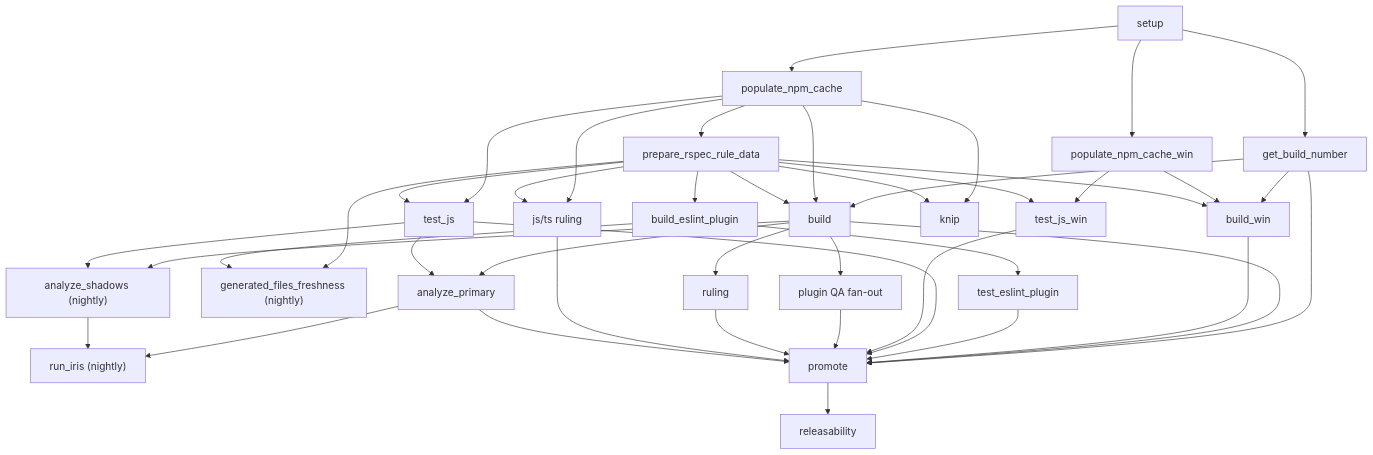
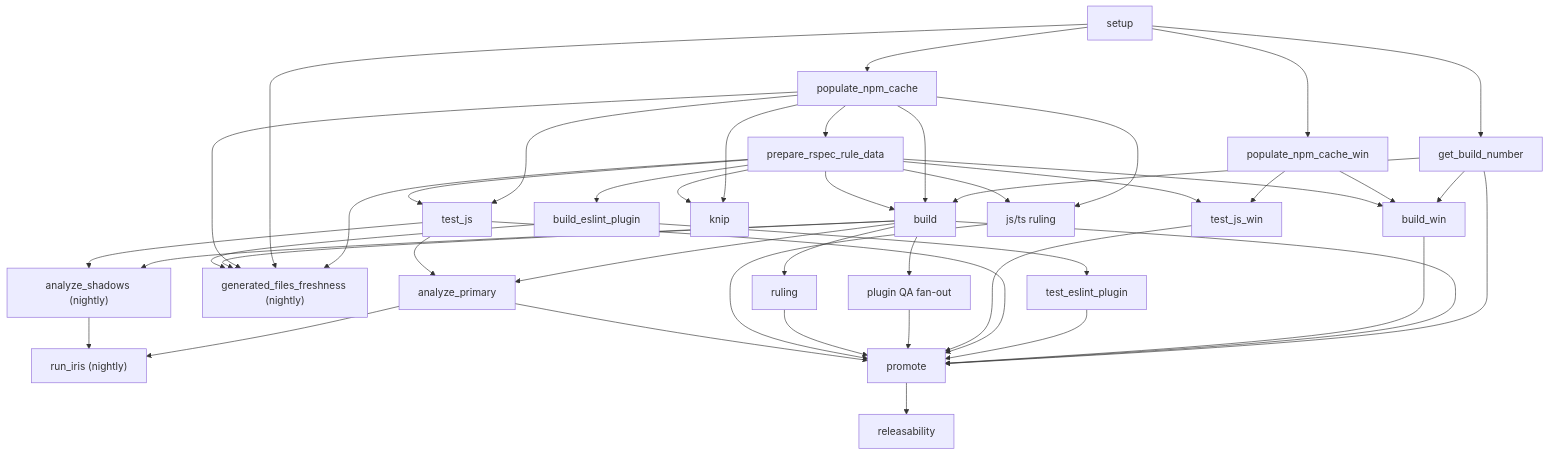
Before and after one commit to SonarSource/SonarJS: the first of 4 diagrams in docs/CI.md, drawn with Mermaid. The commit also changed other lines of this file and 1 other file, not shown here.

````diff
--- a/docs/CI.md
+++ b/docs/CI.md
@@ -88,56 +88,59 @@
 ```mermaid
 flowchart TD
   A["setup"] --> B["get_build_number"]
   A --> C["populate_npm_cache"]
   A --> D["populate_npm_cache_win"]
   C --> E["prepare_rspec_rule_data"]
 
   B --> F["build"]
   C --> F
   E --> F
 
   B --> G["build_win"]
   D --> G
   E --> G
 
   E --> H["build_eslint_plugin"]
   H --> I["test_eslint_plugin"]
 
   C --> J["test_js"]
   E --> J
 
   D --> K["test_js_win"]
   E --> K
 
   C --> L["knip"]
   E --> L
 
   E --> M
+  A --> M
+  C --> M
+  F --> M
   H --> M["generated_files_freshness (nightly)"]
 
   F --> N["plugin QA fan-out"]
   F --> O["ruling"]
   C --> P["js/ts ruling"]
   E --> P
 
   F --> Q["analyze_primary"]
   J --> Q
   F --> R["analyze_shadows (nightly)"]
   J --> R
 
   Q --> S["run_iris (nightly)"]
   R --> S
 
   B --> T["promote"]
   F --> T
   G --> T
   I --> T
   J --> T
   K --> T
   N --> T
   O --> T
   P --> T
   Q --> T
 
   T --> U["releasability"]
 ```
````
